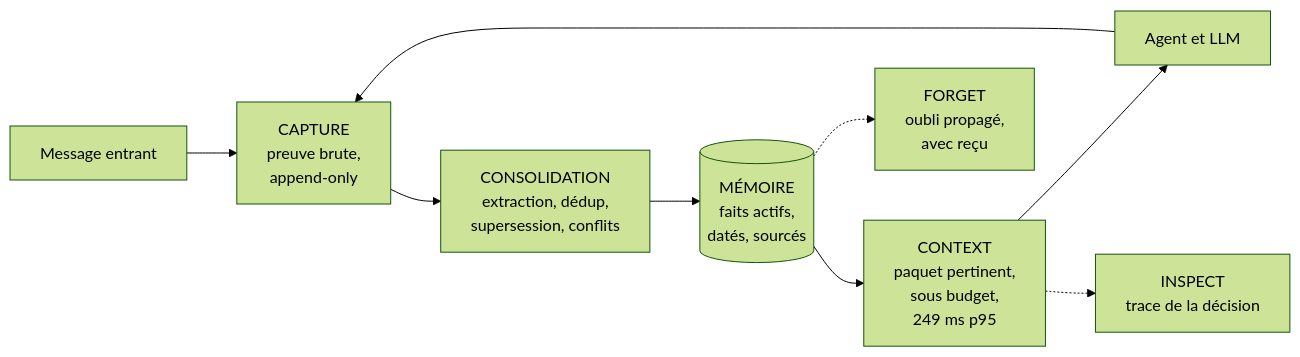
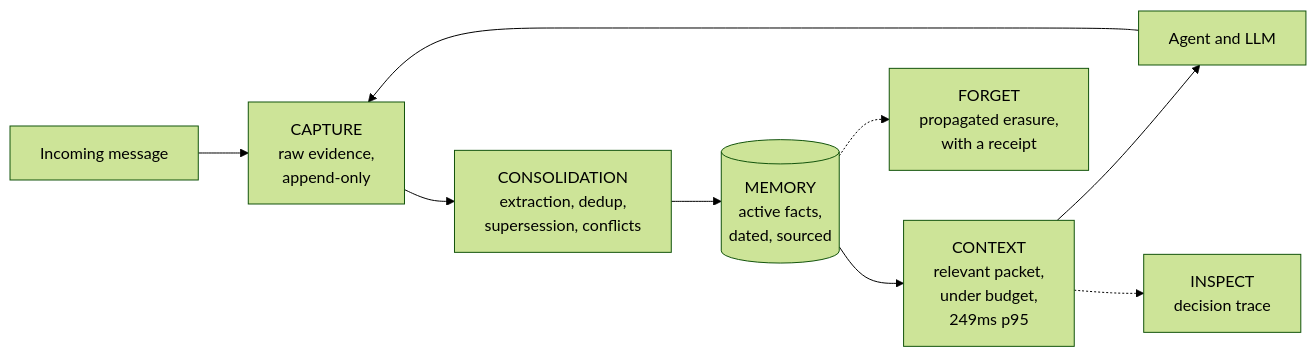
The diagram in README.md (GetHaki/Haki), drawn with Mermaid (forest theme) before and after one commit. The commit also changed other lines of this file, not shown here.

````diff
--- a/README.md
+++ b/README.md
@@ -379,11 +339,11 @@
 ```mermaid
 flowchart LR
-    A[Message entrant] --> B[CAPTURE<br/>preuve brute,<br/>append-only]
-    B --> C[CONSOLIDATION<br/>extraction, dédup,<br/>supersession, conflits]
-    C --> D[(MÉMOIRE<br/>faits actifs,<br/>datés, sourcés)]
-    D --> E[CONTEXT<br/>paquet pertinent,<br/>sous budget,<br/>249 ms p95]
-    E --> F[Agent et LLM]
+    A[Incoming message] --> B[CAPTURE<br/>raw evidence,<br/>append-only]
+    B --> C[CONSOLIDATION<br/>extraction, dedup,<br/>supersession, conflicts]
+    C --> D[(MEMORY<br/>active facts,<br/>dated, sourced)]
+    D --> E[CONTEXT<br/>relevant packet,<br/>under budget,<br/>249ms p95]
+    E --> F[Agent and LLM]
     F --> B
-    E -.-> G[INSPECT<br/>trace de la décision]
-    D -.-> H[FORGET<br/>oubli propagé,<br/>avec reçu]
+    E -.-> G[INSPECT<br/>decision trace]
+    D -.-> H[FORGET<br/>propagated erasure,<br/>with a receipt]
 ```
````
